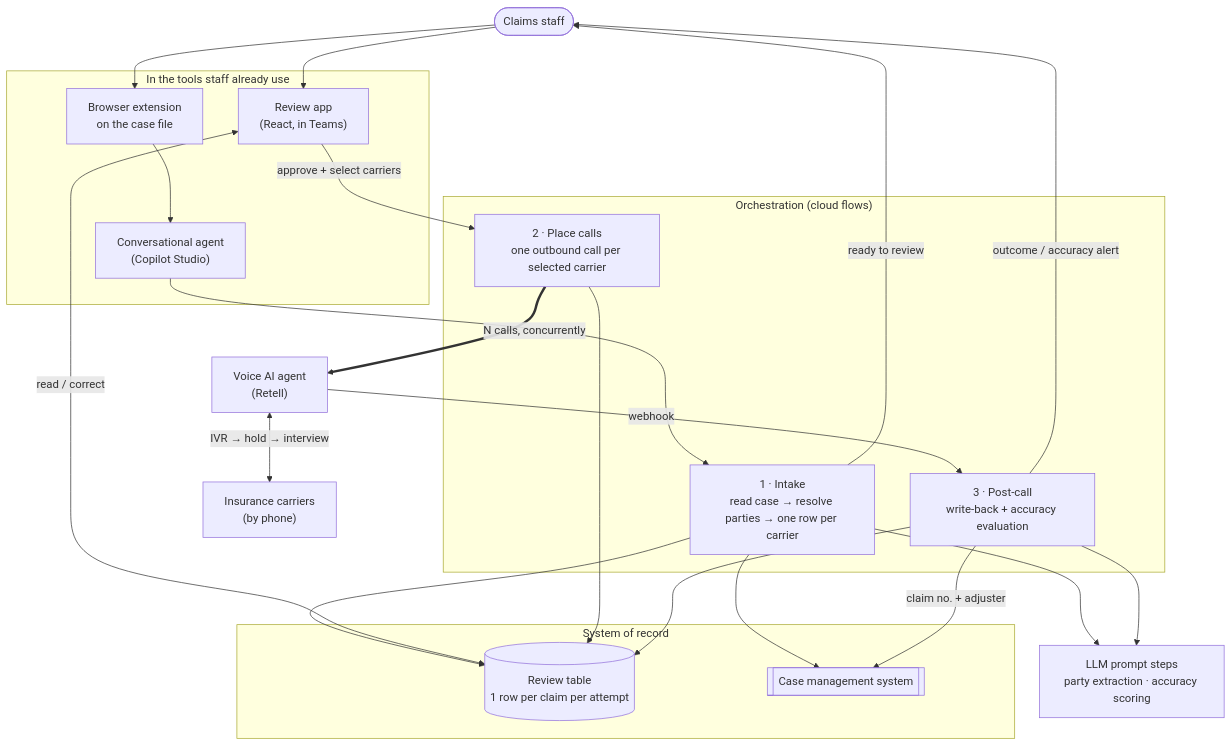
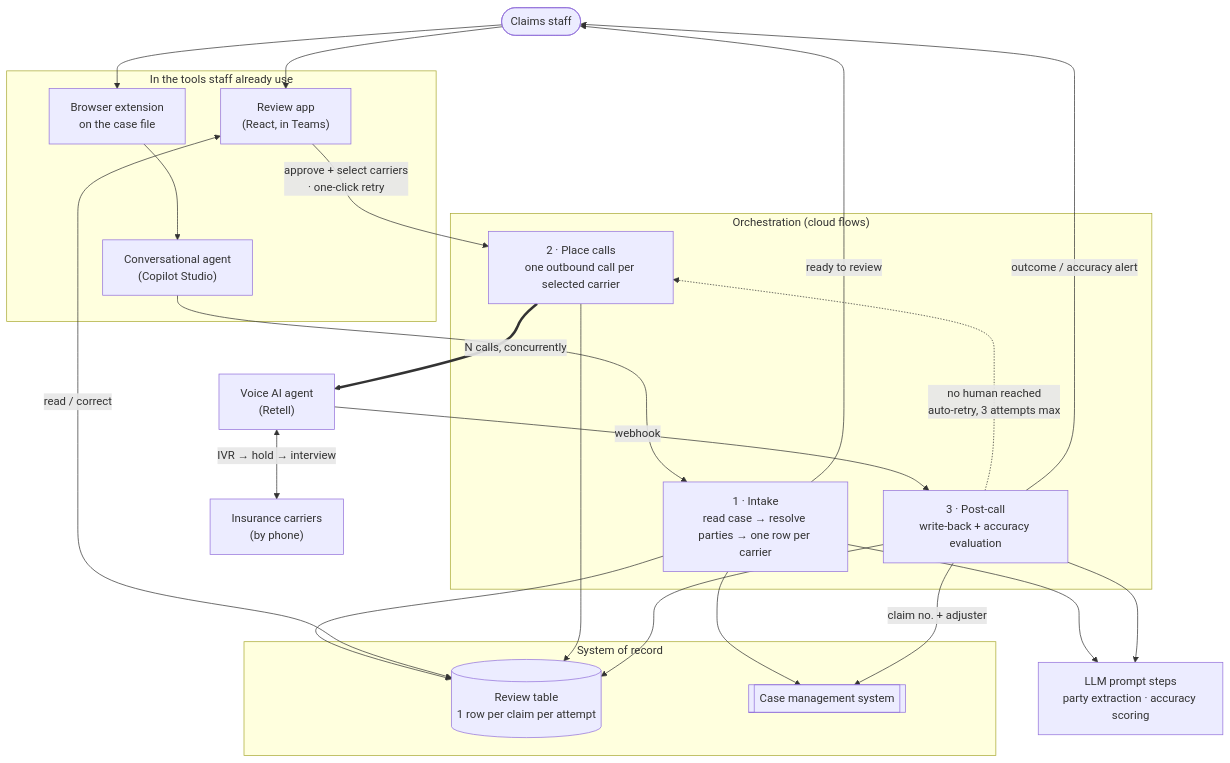
One commit to laraderosa-lab/laraderosa-solutions changed the diagram in fnol-voice-agent/README.md. Above: the diagram before and after it, drawn with Mermaid. The commit also changed other lines of this file and 2 other files, not shown here.

First line of the commit message:
FNOL: iteration 1 (role, timeline, status, retry mechanism, rewritten decisions and §8)

````diff
--- a/fnol-voice-agent/README.md
+++ b/fnol-voice-agent/README.md
@@ -135,44 +138,45 @@
 ```mermaid
 flowchart TB
   staff(["Claims staff"])
 
   subgraph client["In the tools staff already use"]
     ext["Browser extension<br/>on the case file"]
     agent["Conversational agent<br/>(Copilot Studio)"]
     app["Review app<br/>(React, in Teams)"]
   end
 
   subgraph orch["Orchestration (cloud flows)"]
     f1["1 · Intake<br/>read case → resolve parties → one row per carrier"]
     f2["2 · Place calls<br/>one outbound call per selected carrier"]
     f3["3 · Post-call<br/>write-back + accuracy evaluation"]
   end
 
   subgraph data["System of record"]
     t[("Review table<br/>1 row per claim per attempt")]
     cms[["Case management system"]]
   end
 
   voice["Voice AI agent<br/>(Retell)"]
   carrier["Insurance carriers<br/>(by phone)"]
   llm["LLM prompt steps<br/>party extraction · accuracy scoring"]
 
   staff --> ext --> agent --> f1
   f1 --> cms
   f1 --> llm
   f1 --> t
   f1 -->|"ready to review"| staff
 
   staff --> app
   app <-->|"read / correct"| t
-  app -->|"approve + select carriers"| f2
+  app -->|"approve + select carriers<br/>· one-click retry"| f2
   f2 --> t
   f2 ==>|"N calls, concurrently"| voice
   voice <-->|"IVR → hold → interview"| carrier
 
   voice -->|"webhook"| f3
   f3 --> llm
   f3 --> t
+  f3 -.->|"no human reached<br/>auto-retry, 3 attempts max"| f2
   f3 -->|"claim no. + adjuster"| cms
   f3 -->|"outcome / accuracy alert"| staff
 ```
````
